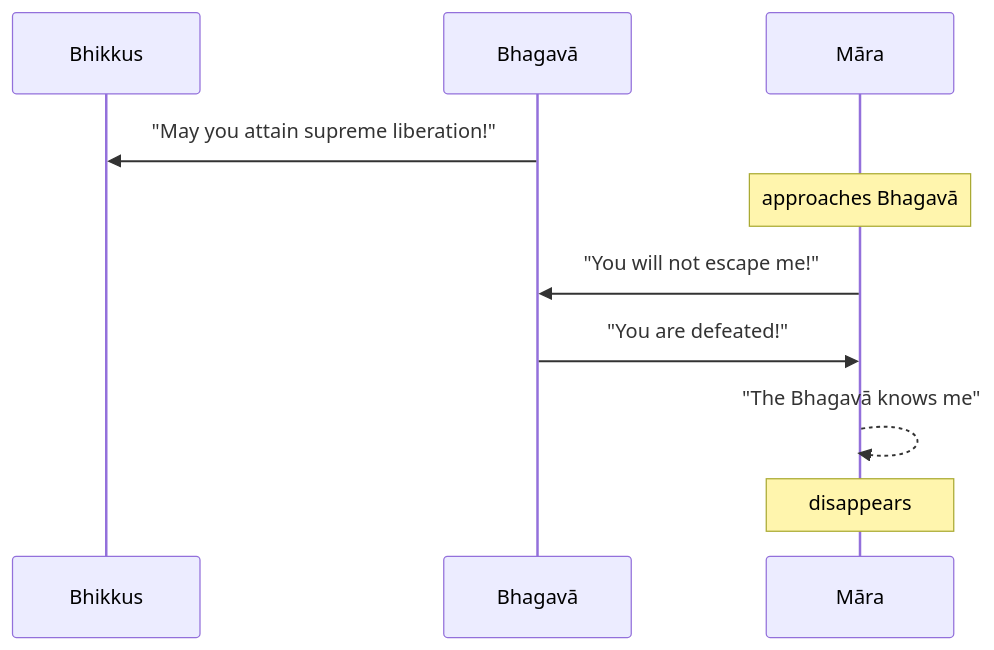
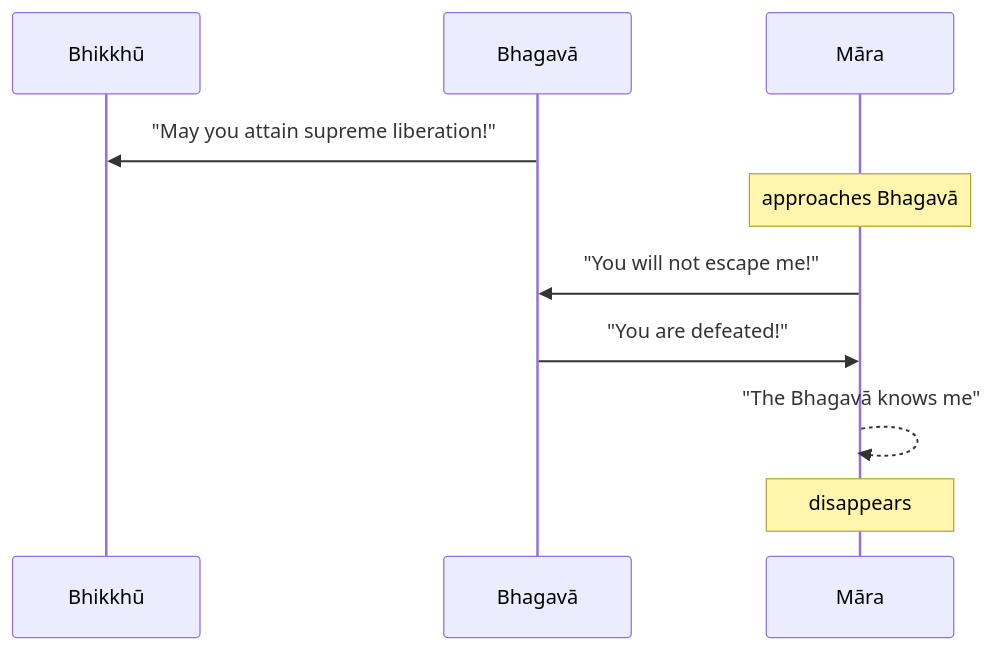
Before and after one commit to tidipa/tidipa.github.io: the diagram in src/content/docs/khandhaka/1-10.mdx, drawn with Mermaid. The commit also changed other lines of this file and 48 other files, not shown here.

````diff
--- a/src/content/docs/khandhaka/1-10.mdx
+++ b/src/content/docs/khandhaka/1-10.mdx
@@ -24,12 +24,12 @@
 ```mermaid
 sequenceDiagram
-	participant Bh as Bhikkus
+	participant Bh as Bhikkhū
 	participant B as Bhagavā
 	participant M as Māra
 	B->>Bh: "May you attain supreme liberation!"
 	note over M: approaches Bhagavā
 	M->>B: "You will not escape me!"
 	B->>M: "You are defeated!"
 	M-->>M: "The Bhagavā knows me"
 	note over M: disappears
 ```
````
